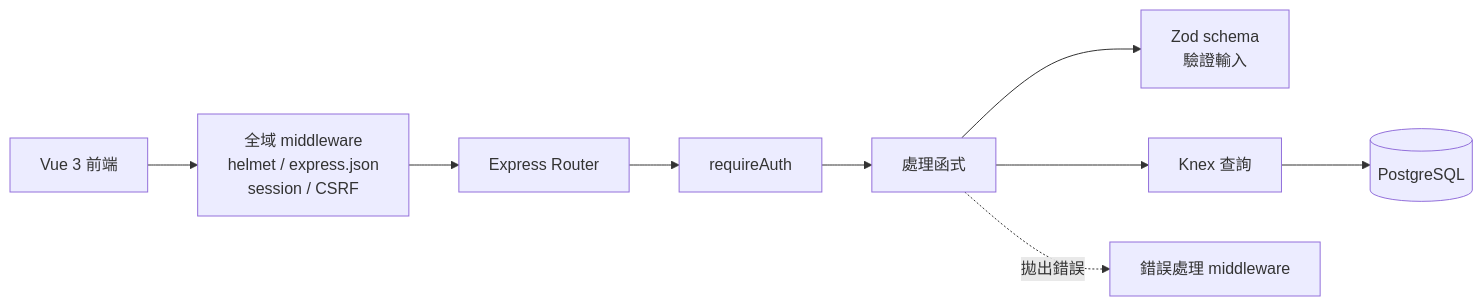
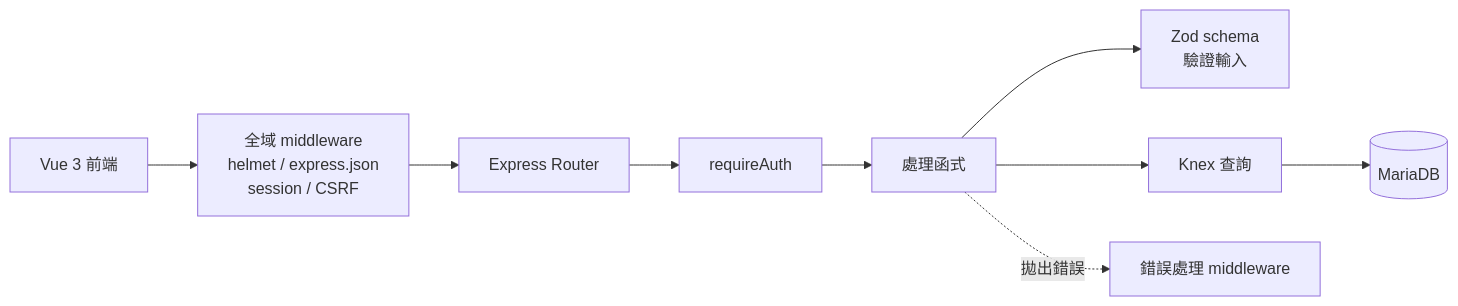
One commit to annie-clickforce/trello-fullstack changed the third of 4 diagrams in docs/architecture.md. Above: the diagram before and after it, drawn with Mermaid. The commit also changed other lines of this file and 2 other files, not shown here.

First line of the commit message:
docs:資料庫改用 MariaDB 以保留搬到 Hostinger Cloud Startup 的彈性

````diff
--- a/docs/architecture.md
+++ b/docs/architecture.md
@@ -108,11 +121,11 @@
 ```mermaid
 flowchart LR
     Frontend[Vue 3 前端] --> MW[全域 middleware<br/>helmet / express.json<br/>session / CSRF]
     MW --> Router[Express Router]
     Router --> Auth[requireAuth]
     Auth --> Handler[處理函式]
     Handler --> Schema[Zod schema<br/>驗證輸入]
     Handler --> Knex[Knex 查詢]
-    Knex --> DB[(PostgreSQL)]
+    Knex --> DB[(MariaDB)]
     Handler -. 拋出錯誤 .-> Err[錯誤處理 middleware]
 ```
````
